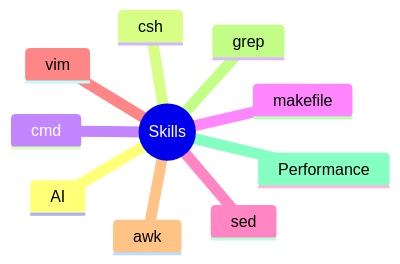
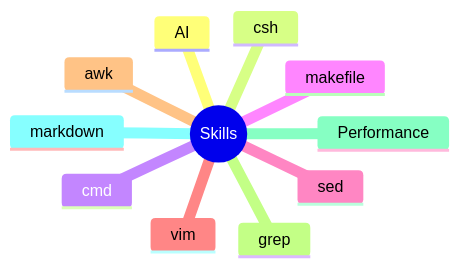
Before and after one commit to superupon/knowledge: the diagram in notes/skill/skill_entry.md, drawn with Mermaid. The commit also changed other lines of this file, not shown here.

Commit message:
[note] add entry to skill_entry.md

````diff
--- a/notes/skill/skill_entry.md
+++ b/notes/skill/skill_entry.md
@@ -13,13 +14,14 @@
 ```mermaid
 mindmap
 root((Skills))
   AI
   csh
   cmd
   makefile
   sed
   vim
   awk
   grep
   Performance
+  markdown
 ```
````
